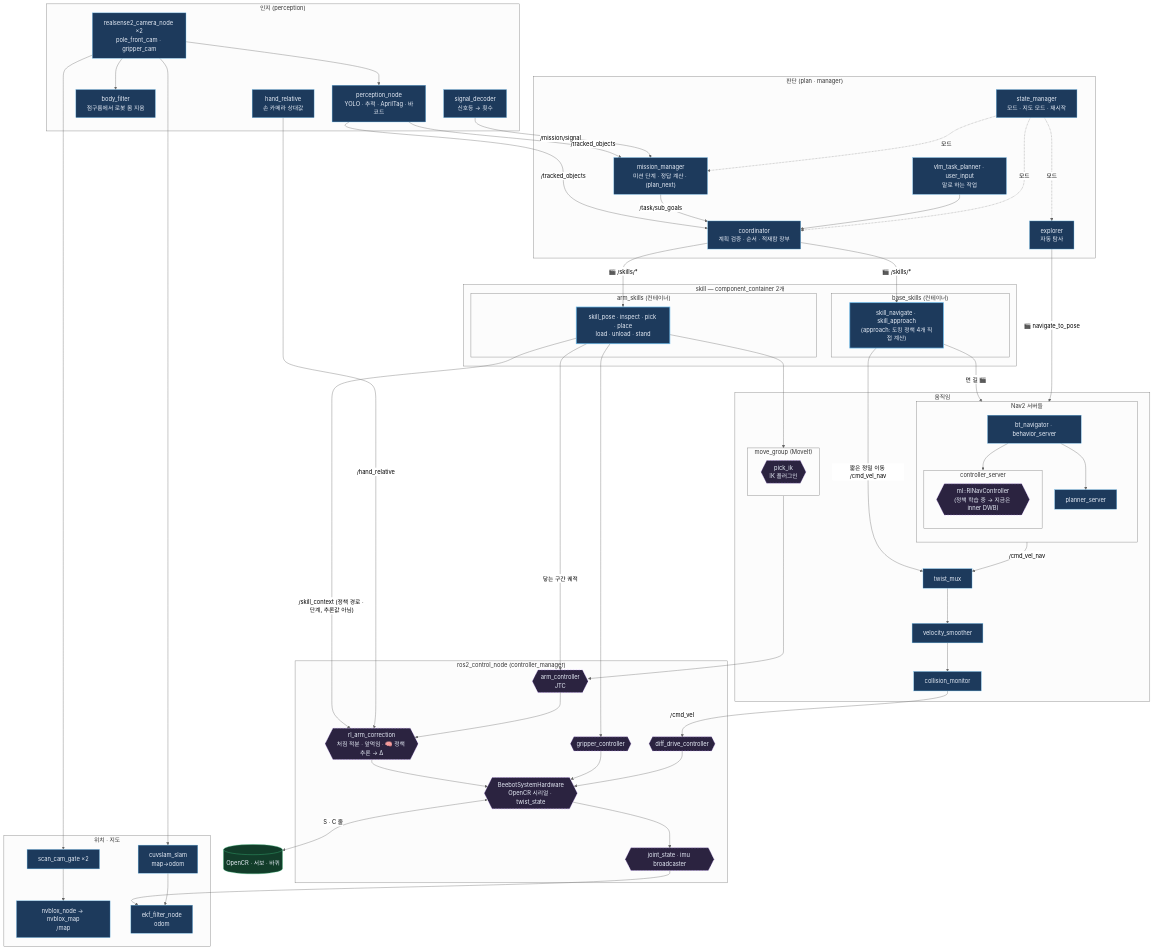
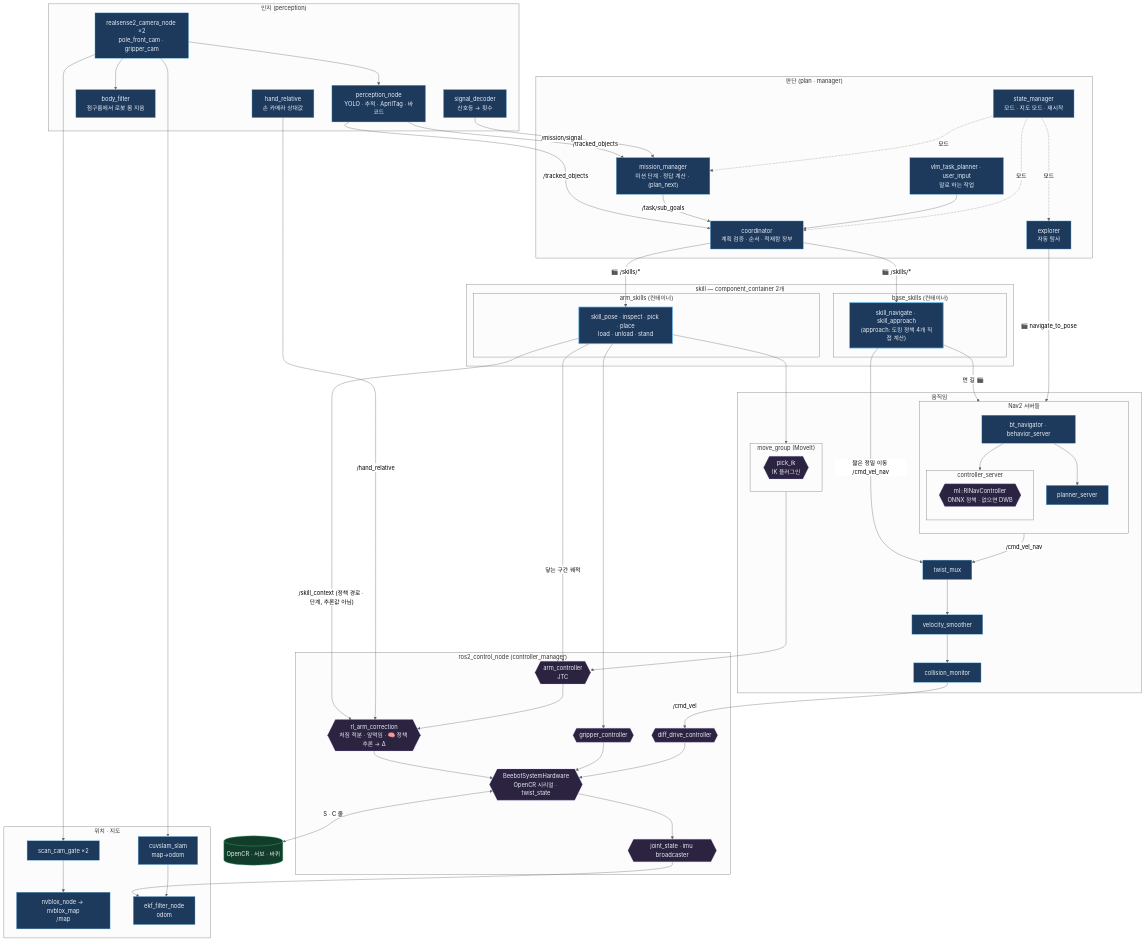
The diagram in bee/system-now.md (JuneKunst/JuneKunst.github.io), drawn with Mermaid (neutral theme) before and after one commit. The commit also changed other lines of this file and 21 other files, not shown here.

```diff
--- a/bee/system-now.md
+++ b/bee/system-now.md
@@ -52,7 +52,7 @@
       direction TB
       PL["planner_server"]:::node
       subgraph CS["controller_server"]
-        RLN{{"ml::RlNavController<br/>(정책 학습 중 → 지금은 inner DWB)"}}:::plugin
+        RLN{{"ml::RlNavController<br/>ONNX 정책 · 없으면 DWB"}}:::plugin
       end
       BT["bt_navigator · behavior_server"]:::node
     end
```
